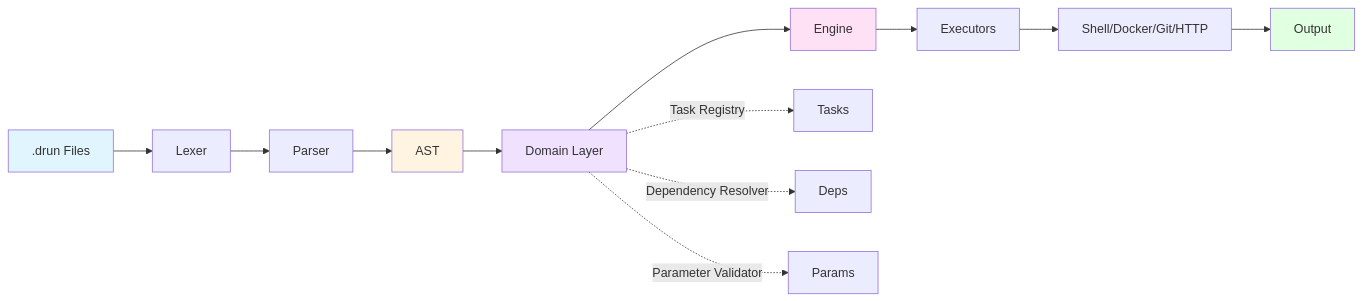
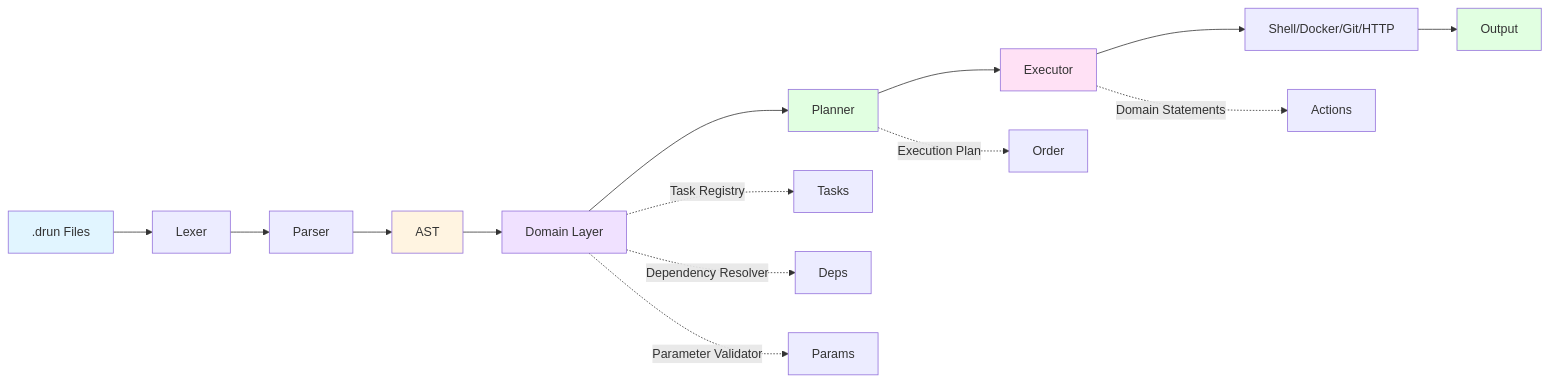
The first of 9 diagrams in ARCHITECTURE.md (phillarmonic/drun), drawn with Mermaid before and after one commit. The commit also changed other lines of this file and 5 other files, not shown here.

````diff
--- a/ARCHITECTURE.md
+++ b/ARCHITECTURE.md
@@ -28,21 +28,24 @@
 ```mermaid
 graph LR
     A[.drun Files] --> B[Lexer]
     B --> C[Parser]
     C --> D[AST]
     D --> DOM[Domain Layer]
-    DOM --> E[Engine]
-    E --> F[Executors]
-    F --> G[Shell/Docker/Git/HTTP]
+    DOM --> PLAN[Planner]
+    PLAN --> EXEC[Executor]
+    EXEC --> G[Shell/Docker/Git/HTTP]
     G --> H[Output]
     
     DOM -.->|Task Registry| DOM1[Tasks]
     DOM -.->|Dependency Resolver| DOM2[Deps]
     DOM -.->|Parameter Validator| DOM3[Params]
+    PLAN -.->|Execution Plan| PLAN1[Order]
+    EXEC -.->|Domain Statements| EXEC1[Actions]
     
     style A fill:#e1f5ff
     style D fill:#fff4e1
     style DOM fill:#f0e1ff
-    style E fill:#ffe1f5
+    style PLAN fill:#e1ffe1
+    style EXEC fill:#ffe1f5
     style H fill:#e1ffe1
 ```
````
